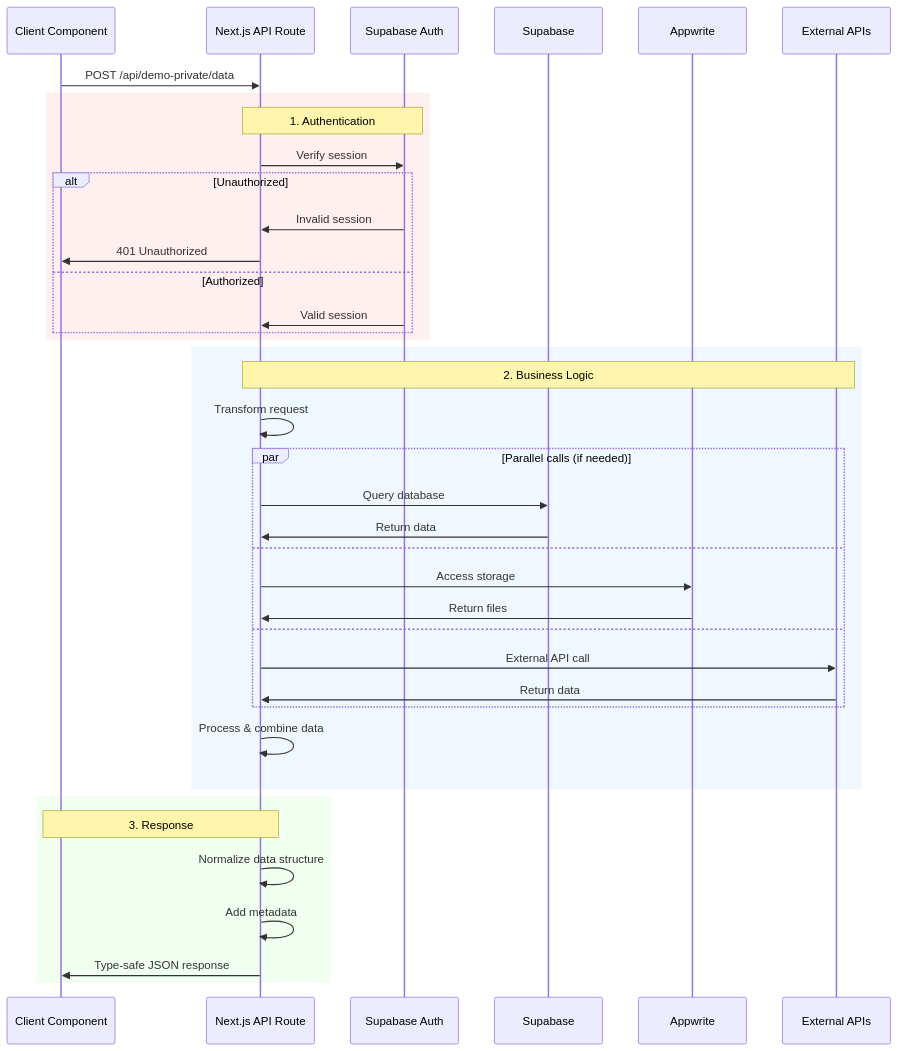
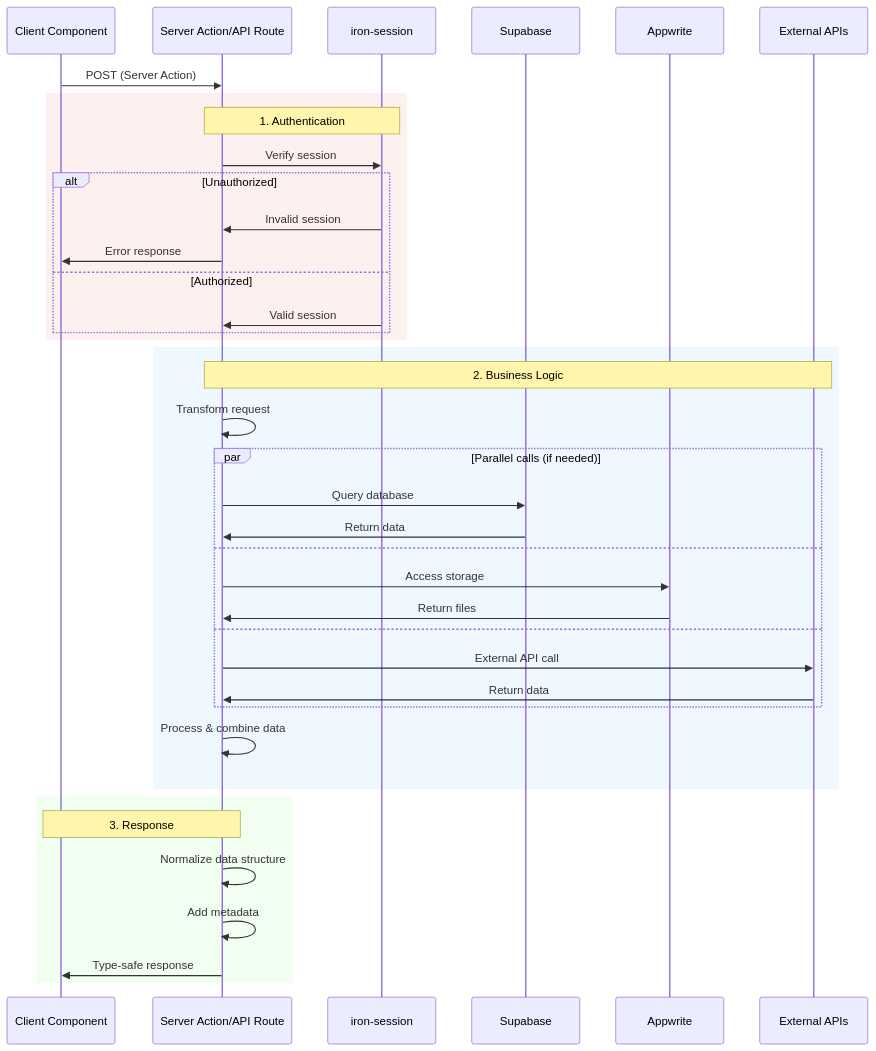
The fourth of 6 diagrams in portfolio-platform/docs/02-system-architecture.md (BikeshR/menorepo), drawn with Mermaid before and after one commit. The commit also changed other lines of this file and 5 other files, not shown here.

````diff
--- a/portfolio-platform/docs/02-system-architecture.md
+++ b/portfolio-platform/docs/02-system-architecture.md
@@ -704,45 +727,45 @@
 ```mermaid
 sequenceDiagram
     participant Client as Client Component
-    participant API as Next.js API Route
-    participant Auth as Supabase Auth
+    participant API as Server Action/API Route
+    participant Session as iron-session
     participant SB as Supabase
     participant AW as Appwrite
     participant Ext as External APIs
 
-    Client->>API: POST /api/demo-private/data
+    Client->>API: POST (Server Action)
 
     rect rgb(255, 240, 240)
-        Note over API,Auth: 1. Authentication
-        API->>Auth: Verify session
+        Note over API,Session: 1. Authentication
+        API->>Session: Verify session
         alt Unauthorized
-            Auth->>API: Invalid session
-            API->>Client: 401 Unauthorized
+            Session->>API: Invalid session
+            API->>Client: Error response
         else Authorized
-            Auth->>API: Valid session
+            Session->>API: Valid session
         end
     end
 
     rect rgb(240, 248, 255)
         Note over API,Ext: 2. Business Logic
         API->>API: Transform request
         par Parallel calls (if needed)
             API->>SB: Query database
             SB->>API: Return data
         and
             API->>AW: Access storage
             AW->>API: Return files
         and
             API->>Ext: External API call
             Ext->>API: Return data
         end
         API->>API: Process & combine data
     end
 
     rect rgb(240, 255, 240)
         Note over API,Client: 3. Response
         API->>API: Normalize data structure
         API->>API: Add metadata
-        API->>Client: Type-safe JSON response
+        API->>Client: Type-safe response
     end
 ```
````
